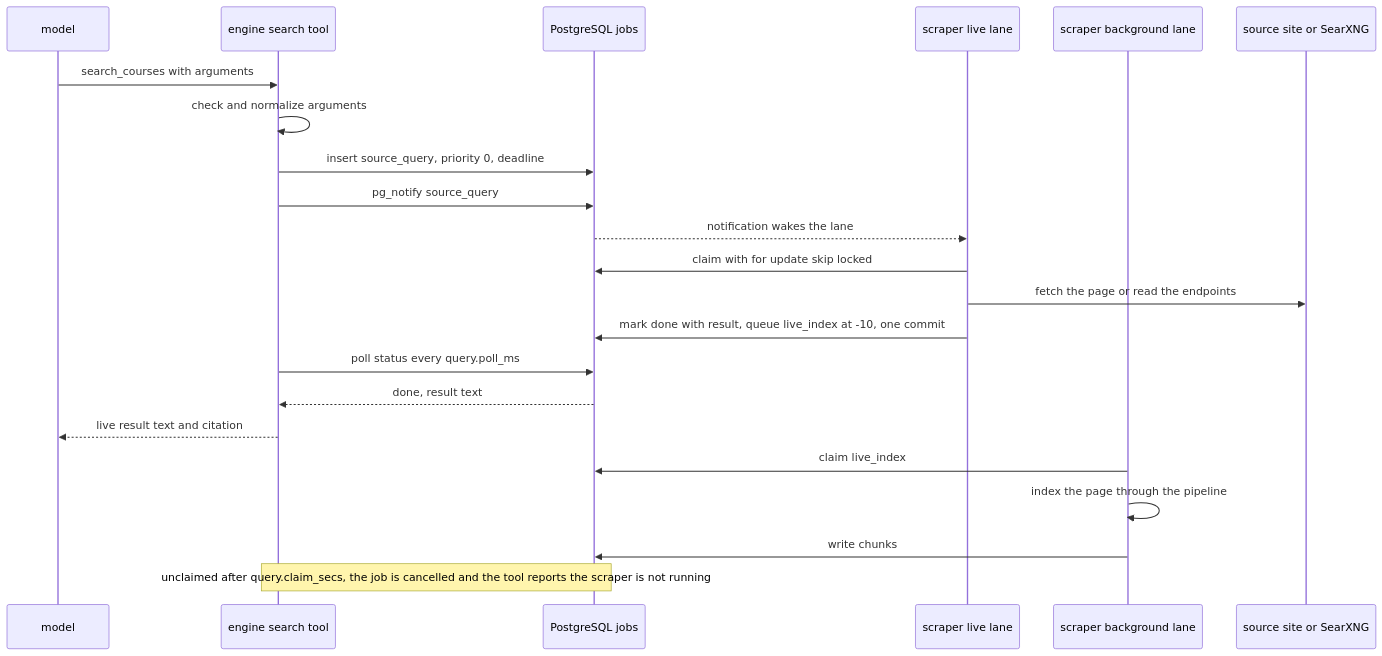
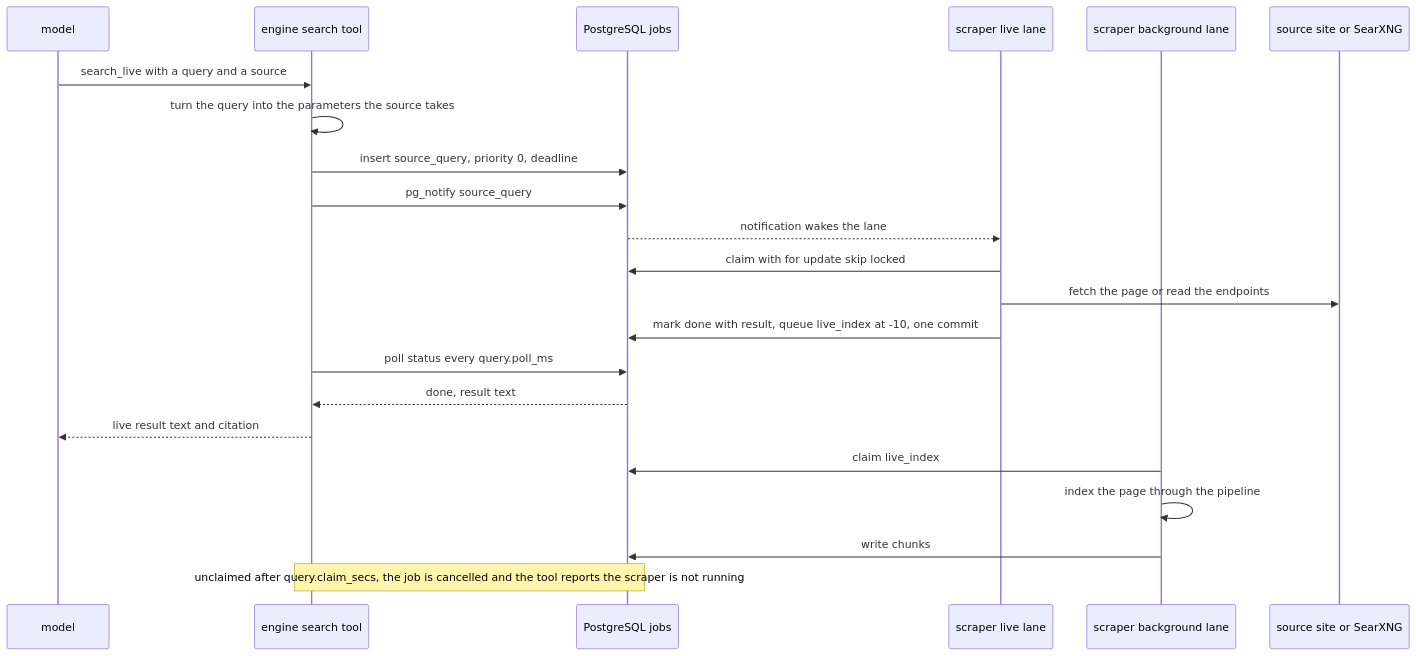
One commit to ashworks1706/SparkyAI changed the seventh of 10 diagrams in docs/ARCHITECTURE.md. Above: the diagram before and after it, drawn with Mermaid. The commit also changed other lines of this file and 37 other files, not shown here.

First line of the commit message:
Collapse the search tools to search_knowledge and search_live

````diff
--- a/docs/ARCHITECTURE.md
+++ b/docs/ARCHITECTURE.md
@@ -517,25 +521,25 @@
 ```mermaid
 sequenceDiagram
     participant M as model
     participant T as engine search tool
     participant PG as PostgreSQL jobs
     participant L as scraper live lane
     participant BG as scraper background lane
     participant W as source site or SearXNG
 
-    M->>T: search_courses with arguments
-    T->>T: check and normalize arguments
+    M->>T: search_live with a query and a source
+    T->>T: turn the query into the parameters the source takes
     T->>PG: insert source_query, priority 0, deadline
     T->>PG: pg_notify source_query
     PG-->>L: notification wakes the lane
     L->>PG: claim with for update skip locked
     L->>W: fetch the page or read the endpoints
     L->>PG: mark done with result, queue live_index at -10, one commit
     T->>PG: poll status every query.poll_ms
     PG-->>T: done, result text
     T-->>M: live result text and citation
     BG->>PG: claim live_index
     BG->>BG: index the page through the pipeline
     BG->>PG: write chunks
     Note over T,PG: unclaimed after query.claim_secs, the job is cancelled and the tool reports the scraper is not running
 ```
````
